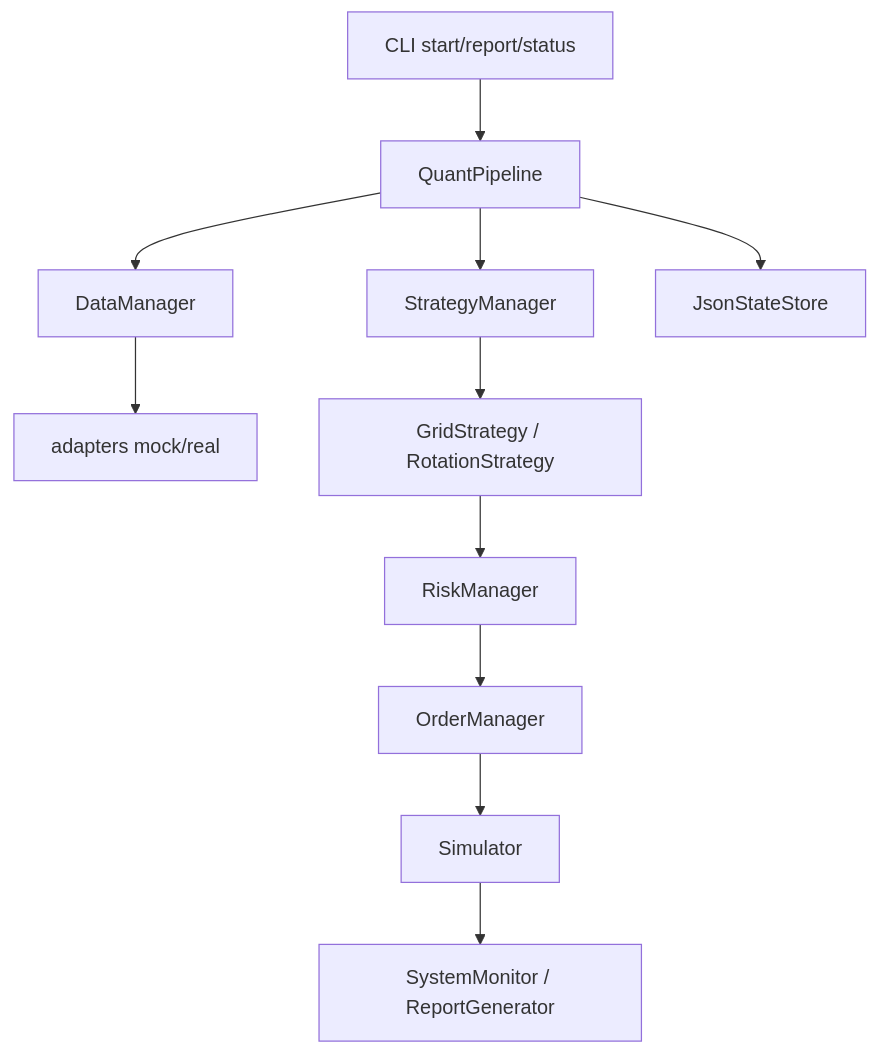
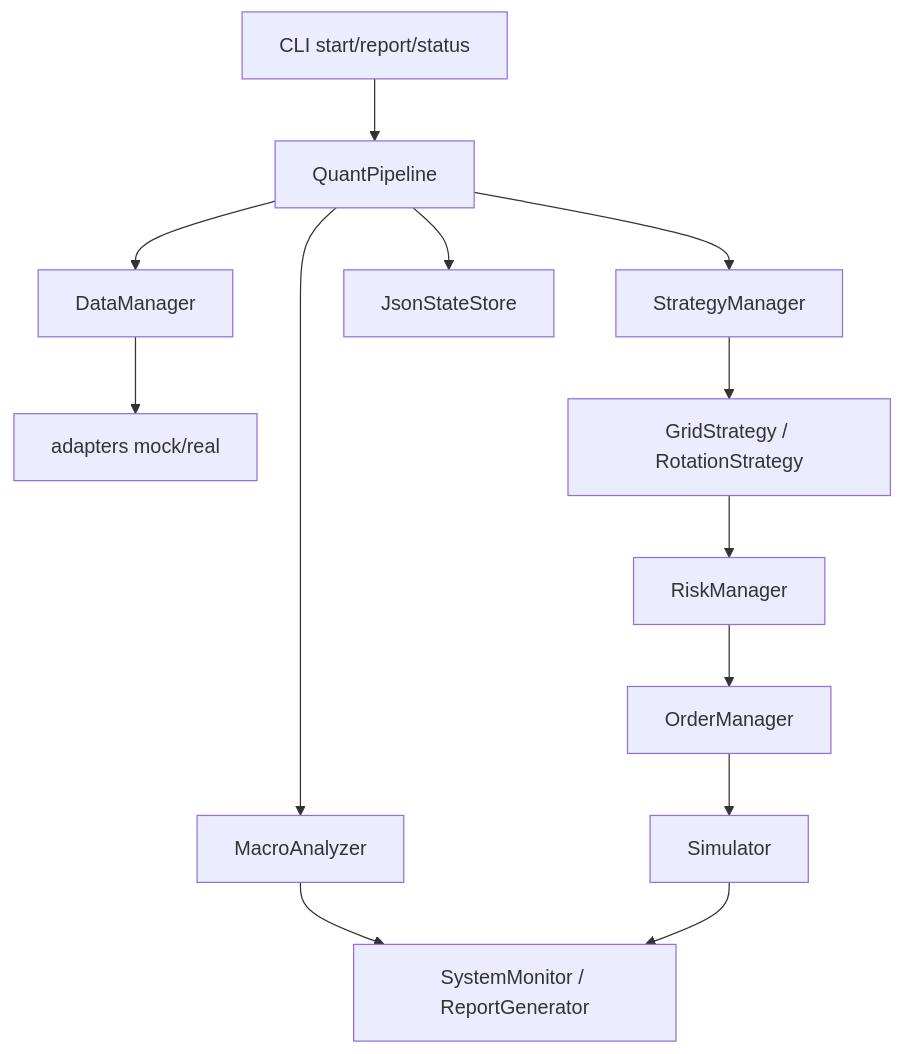
Before and after one commit to MOYAI1234/quant-pipeline: the first of 2 diagrams in docs/architecture.md, drawn with Mermaid. The commit also changed other lines of this file and 1 other file, not shown here.

````diff
--- a/docs/architecture.md
+++ b/docs/architecture.md
@@ -33,13 +35,15 @@
 ```mermaid
 flowchart TD
     A["CLI start/report/status"] --> B["QuantPipeline"]
     B --> C["DataManager"]
     C --> D["adapters mock/real"]
     B --> E["StrategyManager"]
+    B --> L["MacroAnalyzer"]
     E --> F["GridStrategy / RotationStrategy"]
     F --> G["RiskManager"]
     G --> H["OrderManager"]
     H --> I["Simulator"]
+    L --> J["SystemMonitor / ReportGenerator"]
     I --> J["SystemMonitor / ReportGenerator"]
     B --> K["JsonStateStore"]
 ```
````
